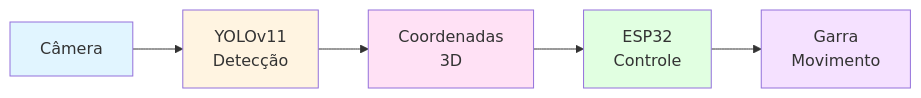
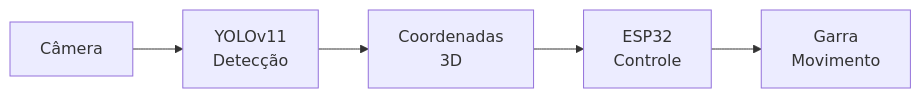
One commit to ArthurLimaMiranda/Projeto_FigurePicker changed the diagram in README.md. Above: the diagram before and after it, drawn with Mermaid.

Commit message:
Fix README(mermaid style)

````diff
--- a/README.md
+++ b/README.md
@@ -13,13 +13,7 @@
 ```mermaid
 graph LR
     A[Câmera] --> B[YOLOv11<br/>Detecção]
     B --> C[Coordenadas<br/>3D]
     C --> D[ESP32<br/>Controle]
     D --> E[Garra<br/>Movimento]
-    
-    style A fill:#e1f5ff
-    style B fill:#fff4e1
-    style C fill:#ffe1f5
-    style D fill:#e1ffe1
-    style E fill:#f5e1ff
 ```
````
